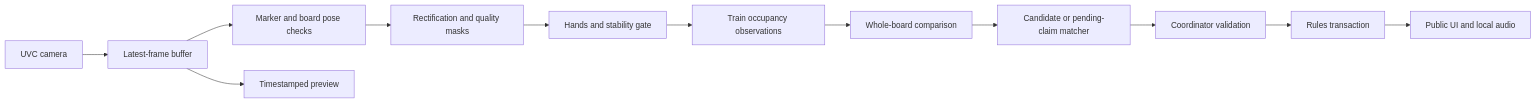
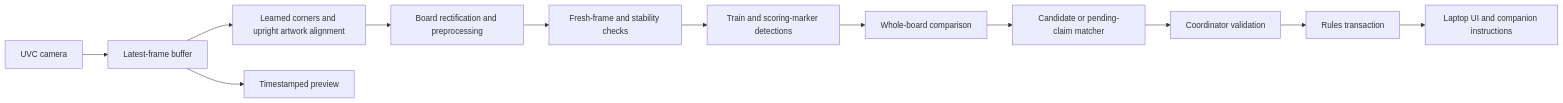
One commit to abiemann/GoldenTicket changed the third of 4 diagrams in DESIGN.md. Above: the diagram before and after it, drawn with Mermaid. The commit also changed other lines of this file and 3 other files, not shown here.

````diff
--- a/DESIGN.md
+++ b/DESIGN.md
@@ -901,14 +975,14 @@
 ```mermaid
 flowchart LR
     A[UVC camera] --> B[Latest-frame buffer]
-    B --> C[Marker and board pose checks]
-    C --> D[Rectification and quality masks]
-    D --> E[Hands and stability gate]
-    E --> F[Train occupancy observations]
+    B --> C[Learned corners and upright artwork alignment]
+    C --> D[Board rectification and preprocessing]
+    D --> E[Fresh-frame and stability checks]
+    E --> F[Train and scoring-marker detections]
     F --> G[Whole-board comparison]
     G --> H[Candidate or pending-claim matcher]
     H --> I[Coordinator validation]
     I --> J[Rules transaction]
     B --> K[Timestamped preview]
-    J --> L[Public UI and local audio]
+    J --> L[Laptop UI and companion instructions]
 ```
````
